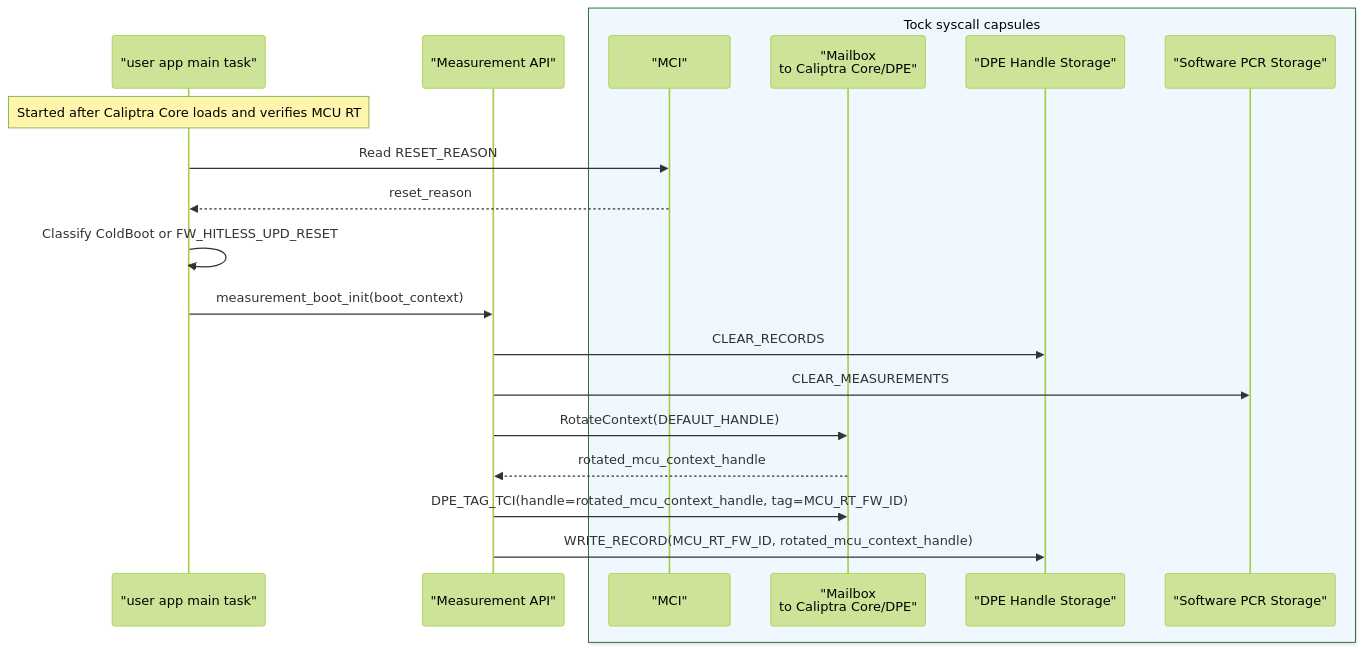
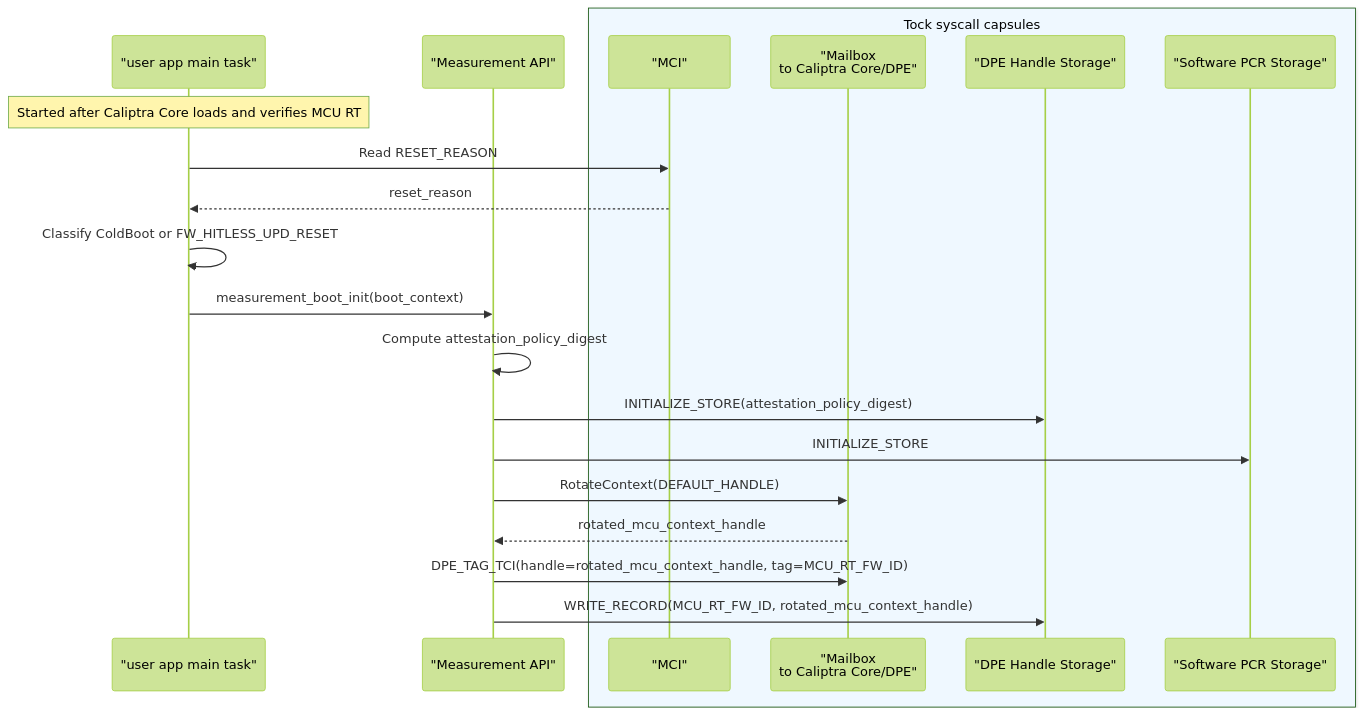
The first of 4 diagrams in docs/src/attestation-measurement-api.md (chipsalliance/caliptra-mcu-sw), drawn with Mermaid (forest theme) before and after one commit. The commit also changed other lines of this file and 2 other files, not shown here.

Commit message:
Clarify attestation policy and DPE handle model

````diff
--- a/docs/src/attestation-measurement-api.md
+++ b/docs/src/attestation-measurement-api.md
@@ -88,23 +90,24 @@
 ```mermaid
 sequenceDiagram
     participant UserMain as "user app main task"
     participant MApi as "Measurement API"
     box rgb(239, 248, 255) Tock syscall capsules
         participant Mci as "MCI"
         participant Mailbox as "Mailbox<br/>to Caliptra Core/DPE"
         participant DpeStore as "DPE Handle Storage"
         participant PcrStore as "Software PCR Storage"
     end
 
     Note over UserMain: Started after Caliptra Core loads and verifies MCU RT
     UserMain->>Mci: Read RESET_REASON
     Mci-->>UserMain: reset_reason
     UserMain->>UserMain: Classify ColdBoot or FW_HITLESS_UPD_RESET
     UserMain->>MApi: measurement_boot_init(boot_context)
-    MApi->>DpeStore: CLEAR_RECORDS
-    MApi->>PcrStore: CLEAR_MEASUREMENTS
+    MApi->>MApi: Compute attestation_policy_digest
+    MApi->>DpeStore: INITIALIZE_STORE(attestation_policy_digest)
+    MApi->>PcrStore: INITIALIZE_STORE
     MApi->>Mailbox: RotateContext(DEFAULT_HANDLE)
     Mailbox-->>MApi: rotated_mcu_context_handle
     MApi->>Mailbox: DPE_TAG_TCI(handle=rotated_mcu_context_handle, tag=MCU_RT_FW_ID)
     MApi->>DpeStore: WRITE_RECORD(MCU_RT_FW_ID, rotated_mcu_context_handle)
 ```
````
